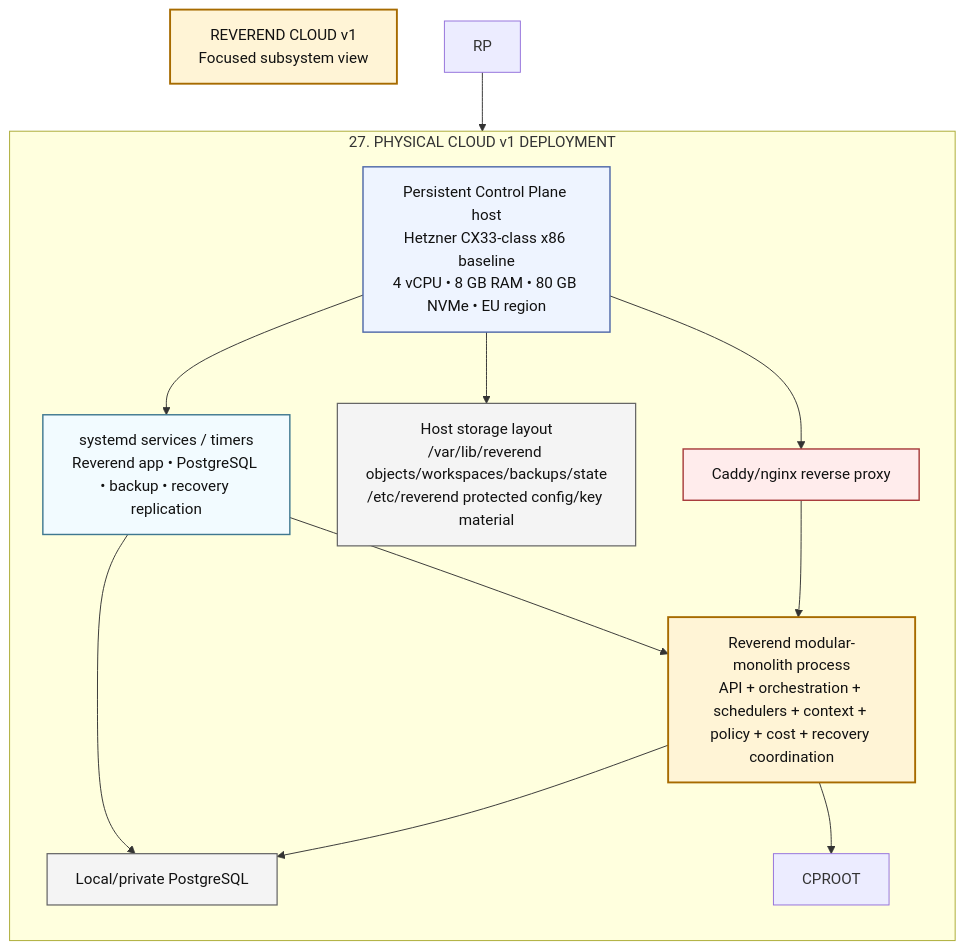
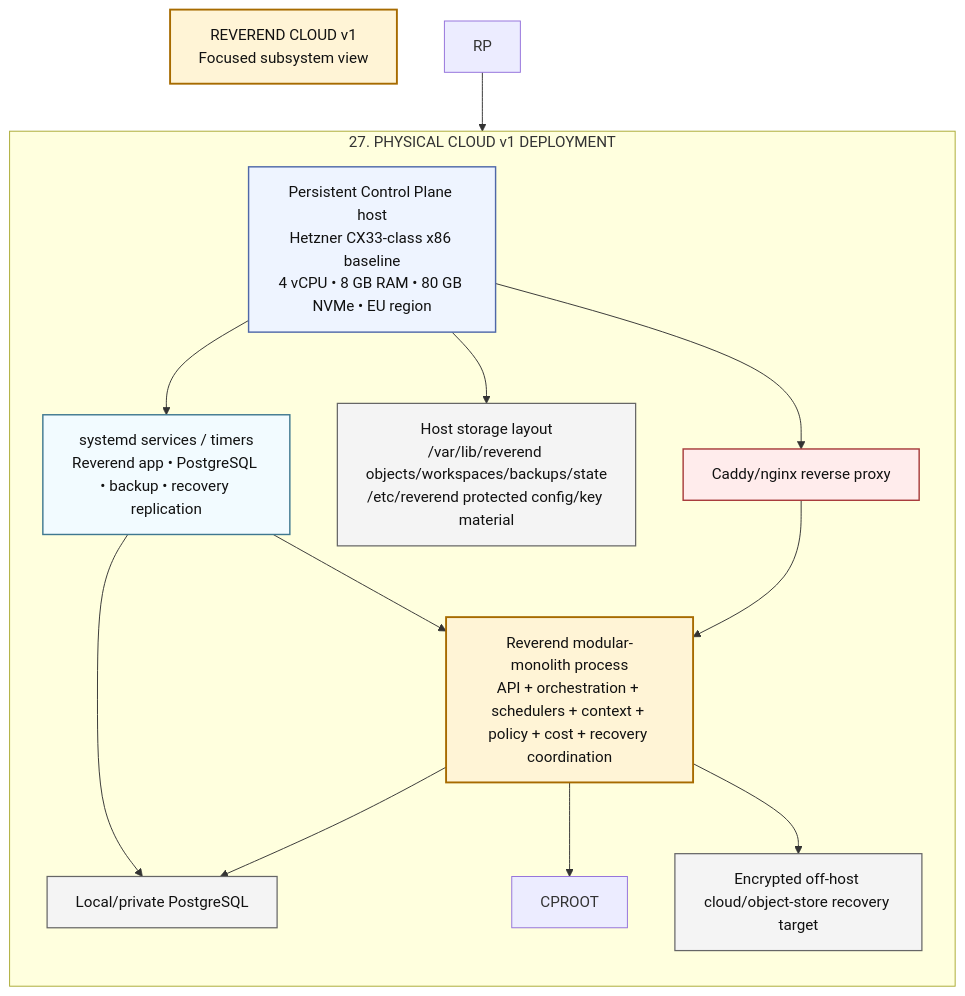
Before and after one commit to reverez/reverend: the diagram in Documentation/Design/Diagrams/Subsystems/27-deployment-topology.mmd, drawn with Mermaid.

Commit message:
docs: add off-host recovery to deployment topology

```diff
--- a/Documentation/Design/Diagrams/Subsystems/27-deployment-topology.mmd
+++ b/Documentation/Design/Diagrams/Subsystems/27-deployment-topology.mmd
@@ -1,60 +1,62 @@
 flowchart TB
 
 %% STYLES
 %% =========================================================
 classDef human fill:#e8f0ff,stroke:#3458a4,stroke-width:2px,color:#111;
 classDef client fill:#eef7ff,stroke:#3678a8,stroke-width:1.5px,color:#111;
 classDef api fill:#e9fff7,stroke:#23855f,stroke-width:1.5px,color:#111;
 classDef authority fill:#fff4d6,stroke:#a76b00,stroke-width:2px,color:#111;
 classDef domain fill:#fff9e8,stroke:#a7802b,stroke-width:1.5px,color:#111;
 classDef agent fill:#f5edff,stroke:#7552a8,stroke-width:1.5px,color:#111;
 classDef context fill:#f8f3ff,stroke:#8458aa,stroke-width:1.2px,color:#111;
 classDef tool fill:#fff0f0,stroke:#aa4949,stroke-width:1.5px,color:#111;
 classDef verify fill:#efffe9,stroke:#4e8a3c,stroke-width:1.5px,color:#111;
 classDef sched fill:#eefcf8,stroke:#2f7a68,stroke-width:1.5px,color:#111;
 classDef compute fill:#eef4ff,stroke:#4f68a8,stroke-width:1.5px,color:#111;
 classDef model fill:#f1ecff,stroke:#5f49a8,stroke-width:1.5px,color:#111;
 classDef durable fill:#fff2e5,stroke:#a6642c,stroke-width:1.5px,color:#111;
 classDef security fill:#ffecec,stroke:#a73b3b,stroke-width:1.5px,color:#111;
 classDef data fill:#f4f4f4,stroke:#666,stroke-width:1.3px,color:#111;
 classDef cost fill:#ecfff1,stroke:#3e8b55,stroke-width:1.5px,color:#111;
 classDef ops fill:#f2fbff,stroke:#3f7890,stroke-width:1.5px,color:#111;
 classDef external fill:#f7f7f7,stroke:#777,stroke-width:1.2px,stroke-dasharray:5 3,color:#111;
 classDef dev fill:#fff8ed,stroke:#9b6b23,stroke-width:1.3px,color:#111;
 classDef invariant fill:#fffbe6,stroke:#b09121,stroke-width:1.5px,color:#111;
 
 %% =========================================================
 
 ROOT["REVEREND CLOUD v1<br/>Focused subsystem view"]:::authority
 
 %% =========================================================
 %% FOCUSED VIEW
 %% Source: ../system-complete-mermaid-diagram.mmd
 %% Section 27: DEPLOYMENT TOPOLOGY
 %% External cross-subsystem references may render as compact interface nodes.
 %% =========================================================
 
 %% =========================================================
 %% 27. DEPLOYMENT TOPOLOGY
 %% =========================================================
 subgraph DEPLOY["27. PHYSICAL CLOUD v1 DEPLOYMENT"]
 direction TB
 
 HETZ["Persistent Control Plane host<br/>Hetzner CX33-class x86 baseline<br/>4 vCPU • 8 GB RAM • 80 GB NVMe • EU region"]:::compute
 SYSTEMD["systemd services / timers<br/>Reverend app • PostgreSQL • backup • recovery replication"]:::ops
 DISK["Host storage layout<br/>/var/lib/reverend objects/workspaces/backups/state<br/>/etc/reverend protected config/key material"]:::data
 REVPROC["Reverend modular-monolith process<br/>API + orchestration + schedulers + context + policy + cost + recovery coordination"]:::authority
 PGHOST["Local/private PostgreSQL"]:::data
 RPROXY["Caddy/nginx reverse proxy"]:::security
+OFFHOST["Encrypted off-host cloud/object-store recovery target"]:::data
 
 HETZ --> SYSTEMD
 SYSTEMD --> REVPROC
 SYSTEMD --> PGHOST
 HETZ --> DISK
 HETZ --> RPROXY
 RPROXY --> REVPROC
 REVPROC --> PGHOST
 REVPROC --> CPROOT
+REVPROC --> OFFHOST
 end
 
 RP --> RPROXY
```
